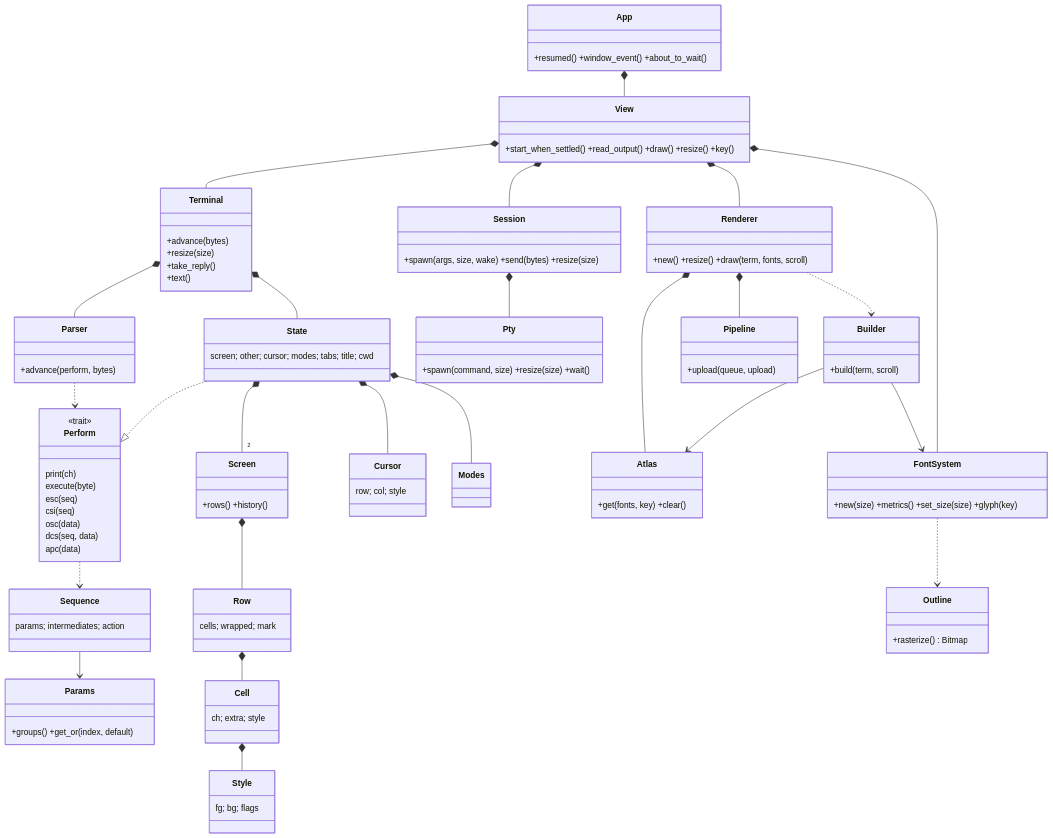
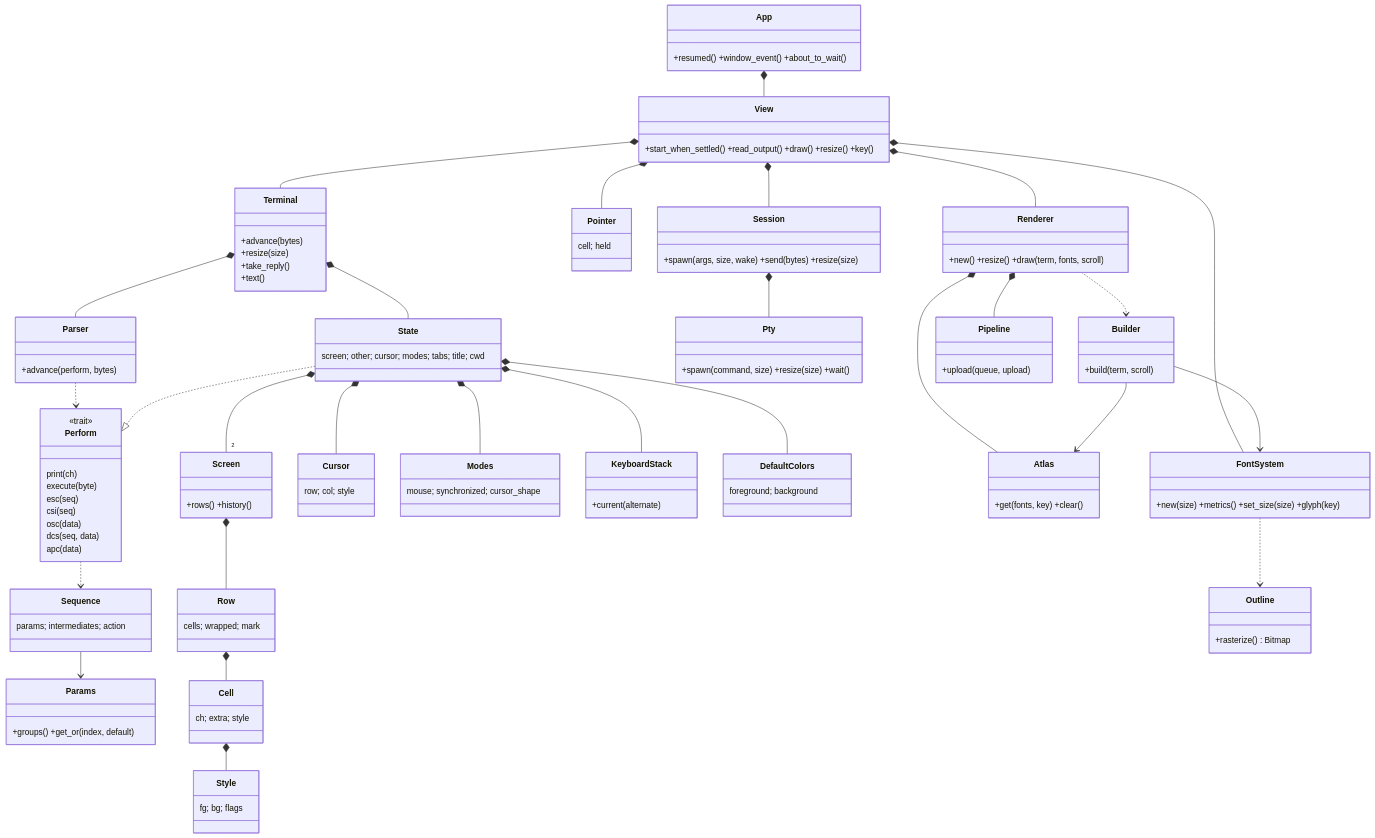
The second of 3 diagrams in docs/UML.md (Utkautka1/DimaSter), drawn with Mermaid before and after one commit. The commit also changed 19 other files, not shown here.

````diff
--- a/docs/UML.md
+++ b/docs/UML.md
@@ -18,65 +18,71 @@
 ```mermaid
 classDiagram
     class Parser { +advance(perform, bytes) }
     class Perform {
         <<trait>>
         print(ch)
         execute(byte)
         esc(seq)
         csi(seq)
         osc(data)
         dcs(seq, data)
         apc(data)
     }
     class Sequence { params; intermediates; action }
     class Params { +groups() +get_or(index, default) }
     class Terminal {
         +advance(bytes)
         +resize(size)
         +take_reply()
         +text()
     }
     class State { screen; other; cursor; modes; tabs; title; cwd }
     class Screen { +rows() +history() }
     class Row { cells; wrapped; mark }
     class Cell { ch; extra; style }
     class Style { fg; bg; flags }
     class Cursor { row; col; style }
-    class Modes
+    class Modes { mouse; synchronized; cursor_shape }
+    class KeyboardStack { +current(alternate) }
+    class DefaultColors { foreground; background }
+    class Pointer { cell; held }
+    State *-- KeyboardStack
+    State *-- DefaultColors
+    View *-- Pointer
     class Pty { +spawn(command, size) +resize(size) +wait() }
     class App { +resumed() +window_event() +about_to_wait() }
     class View { +start_when_settled() +read_output() +draw() +resize() +key() }
     class Session { +spawn(args, size, wake) +send(bytes) +resize(size) }
     class Renderer { +new() +resize() +draw(term, fonts, scroll) }
     class Builder { +build(term, scroll) }
     class Atlas { +get(fonts, key) +clear() }
     class Pipeline { +upload(queue, upload) }
     class FontSystem { +new(size) +metrics() +set_size(size) +glyph(key) }
     class Outline { +rasterize() Bitmap }
 
     App *-- View
     View *-- Terminal
     View *-- Session
     View *-- Renderer
     View *-- FontSystem
     Session *-- Pty
     Renderer *-- Atlas
     Renderer *-- Pipeline
     Renderer ..> Builder
     Builder --> Atlas
     Builder --> FontSystem
     FontSystem ..> Outline
 
     Terminal *-- Parser
     Terminal *-- State
     Parser ..> Perform
     Perform ..> Sequence
     Sequence --> Params
     State ..|> Perform
     State *-- "2" Screen
     State *-- Cursor
     State *-- Modes
     Screen *-- Row
     Row *-- Cell
     Cell *-- Style
 ```
````
